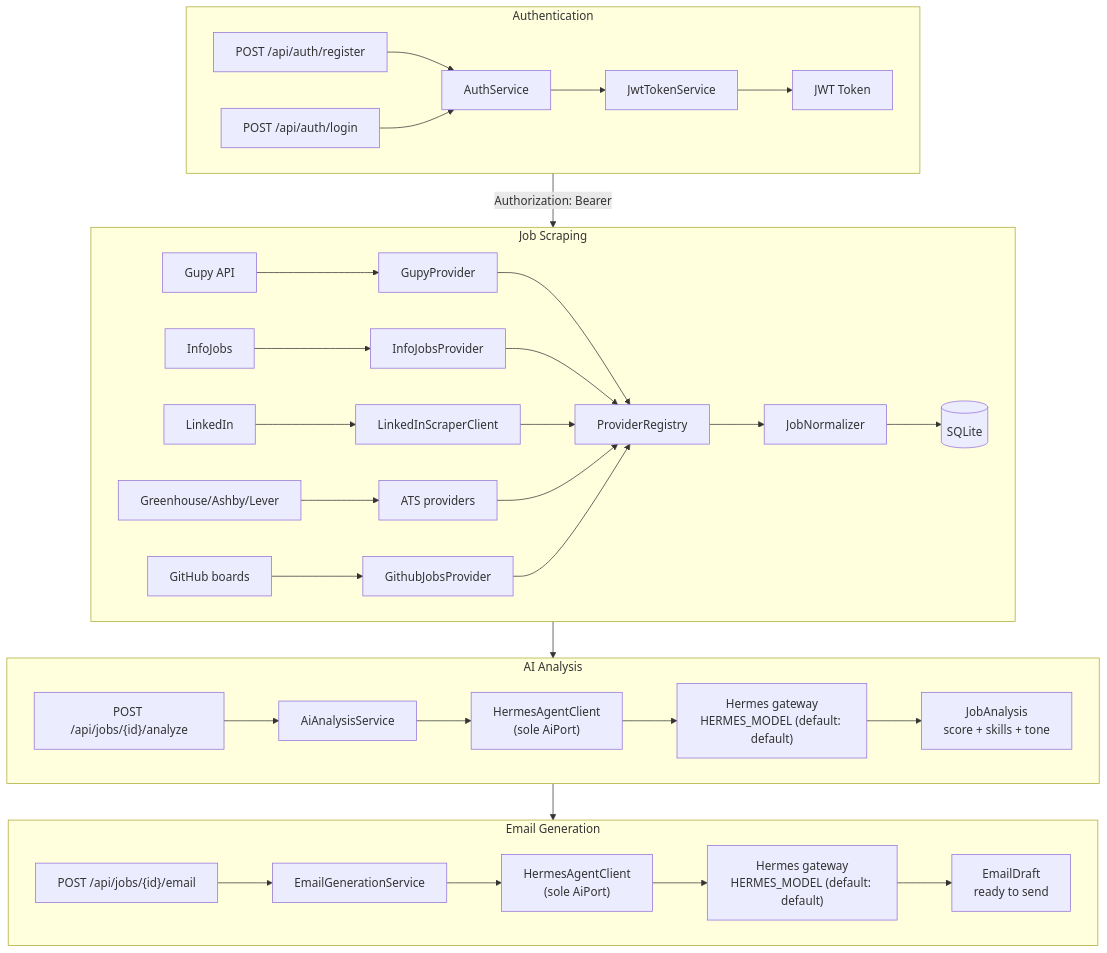
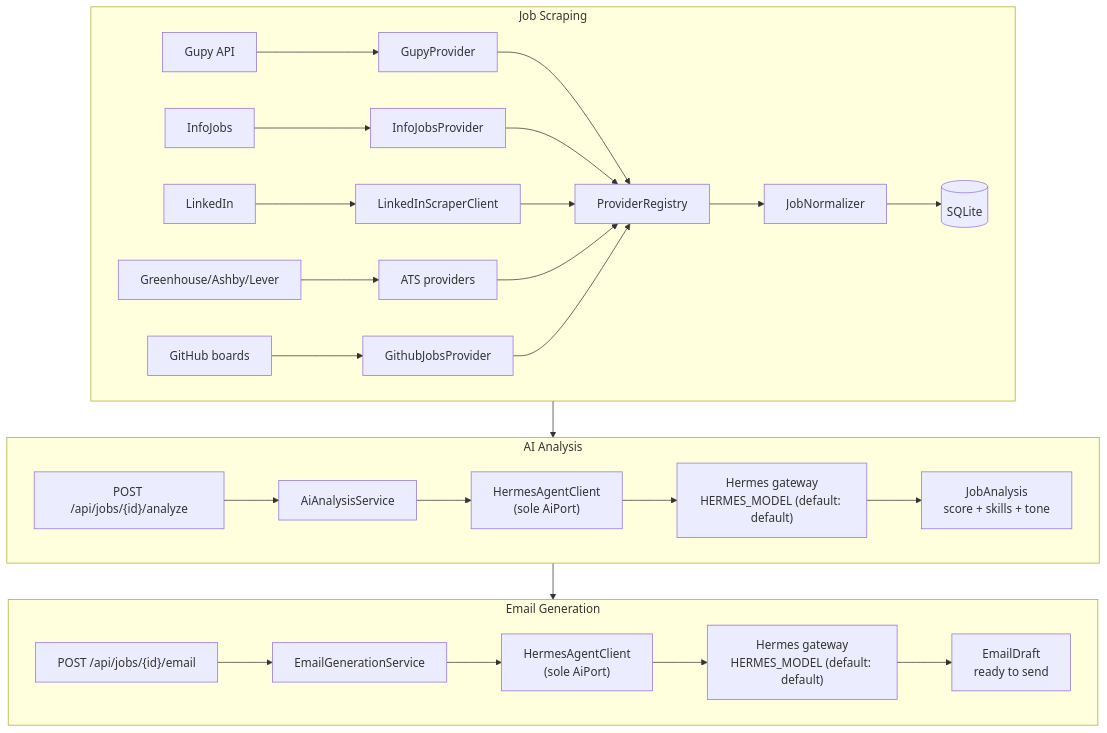
One commit to Uzzoper/job-hunter changed the first of 6 diagrams in README.md. Above: the diagram before and after it, drawn with Mermaid. The commit also changed other lines of this file and 5 other files, not shown here.

Commit message:
refactor: remove JWT/auth from docs, config, AGENTS.md (self-hosted)

````diff
--- a/README.md
+++ b/README.md
@@ -20,42 +20,34 @@
 ```mermaid
 flowchart TB
-    subgraph Auth["Authentication"]
-        A1[POST /api/auth/register] --> A2[AuthService]
-        A3[POST /api/auth/login] --> A2
-        A2 --> A4[JwtTokenService]
-        A4 --> A5[JWT Token]
-    end
-
     subgraph Scraper["Job Scraping"]
         S1[Gupy API] --> S2[GupyProvider]
         S3[InfoJobs] --> S4[InfoJobsProvider]
         S5[LinkedIn] --> S6[LinkedInScraperClient]
         S7a[Greenhouse/Ashby/Lever] --> S7b[ATS providers]
         S7c[GitHub boards] --> S7d[GithubJobsProvider]
         S2 --> S7[ProviderRegistry]
         S4 --> S7
         S6 --> S7
         S7b --> S7
         S7d --> S7
         S7 --> S8[JobNormalizer]
         S8 --> S9[(SQLite)]
     end
 
     subgraph AI["AI Analysis"]
         I1["POST /api/jobs/{id}/analyze"] --> I2[AiAnalysisService]
         I2 --> I3["HermesAgentClient<br/>(sole AiPort)"]
         I3 --> I4["Hermes gateway<br/>HERMES_MODEL (default: default)"]
         I4 --> I6[JobAnalysis<br/>score + skills + tone]
     end
 
     subgraph Email["Email Generation"]
         E1["POST /api/jobs/{id}/email"] --> E2[EmailGenerationService]
         E2 --> E3["HermesAgentClient<br/>(sole AiPort)"]
         E3 --> E4["Hermes gateway<br/>HERMES_MODEL (default: default)"]
         E4 --> E6[EmailDraft<br/>ready to send]
     end
 
-    Auth -->|Authorization: Bearer| Scraper
     Scraper --> AI
     AI --> Email
 ```
````
